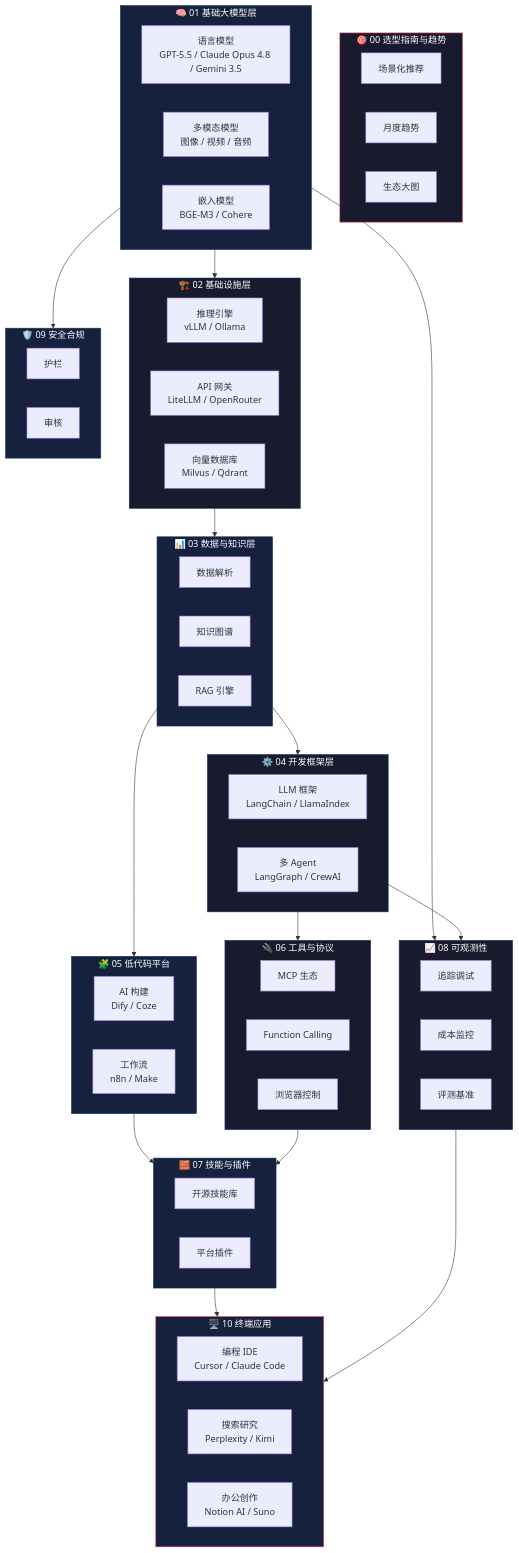
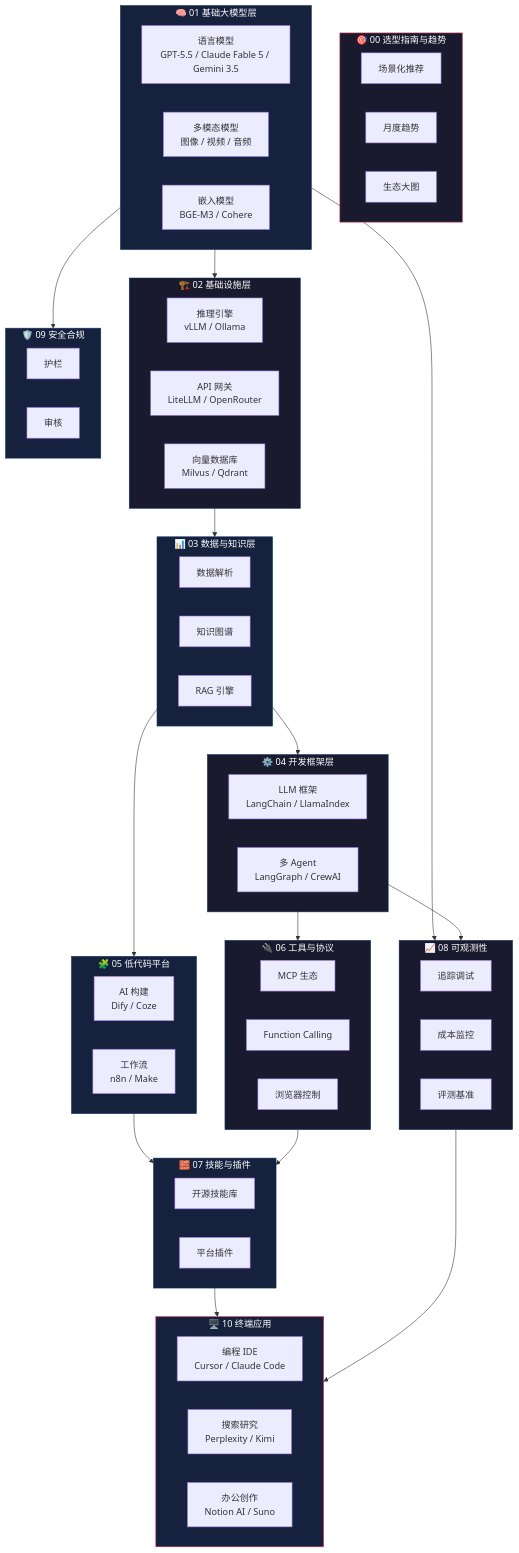
The first of 3 diagrams in 00-guides-and-trends/ecosystem-map.md (LuckyOneTwoThree/ai-landscape), drawn with Mermaid before and after one commit. The commit also changed other lines of this file and 4 other files, not shown here.

```diff
--- a/00-guides-and-trends/ecosystem-map.md
+++ b/00-guides-and-trends/ecosystem-map.md
@@ -15,7 +15,7 @@
     end
 
     subgraph 01["🧠 01 基础大模型层"]
-        M1[语言模型<br>GPT-5.5 / Claude Opus 4.8 / Gemini 3.5]
+        M1[语言模型<br>GPT-5.5 / Claude Fable 5 / Gemini 3.5]
         M2[多模态模型<br>图像 / 视频 / 音频]
         M3[嵌入模型<br>BGE-M3 / Cohere]
     end
```
